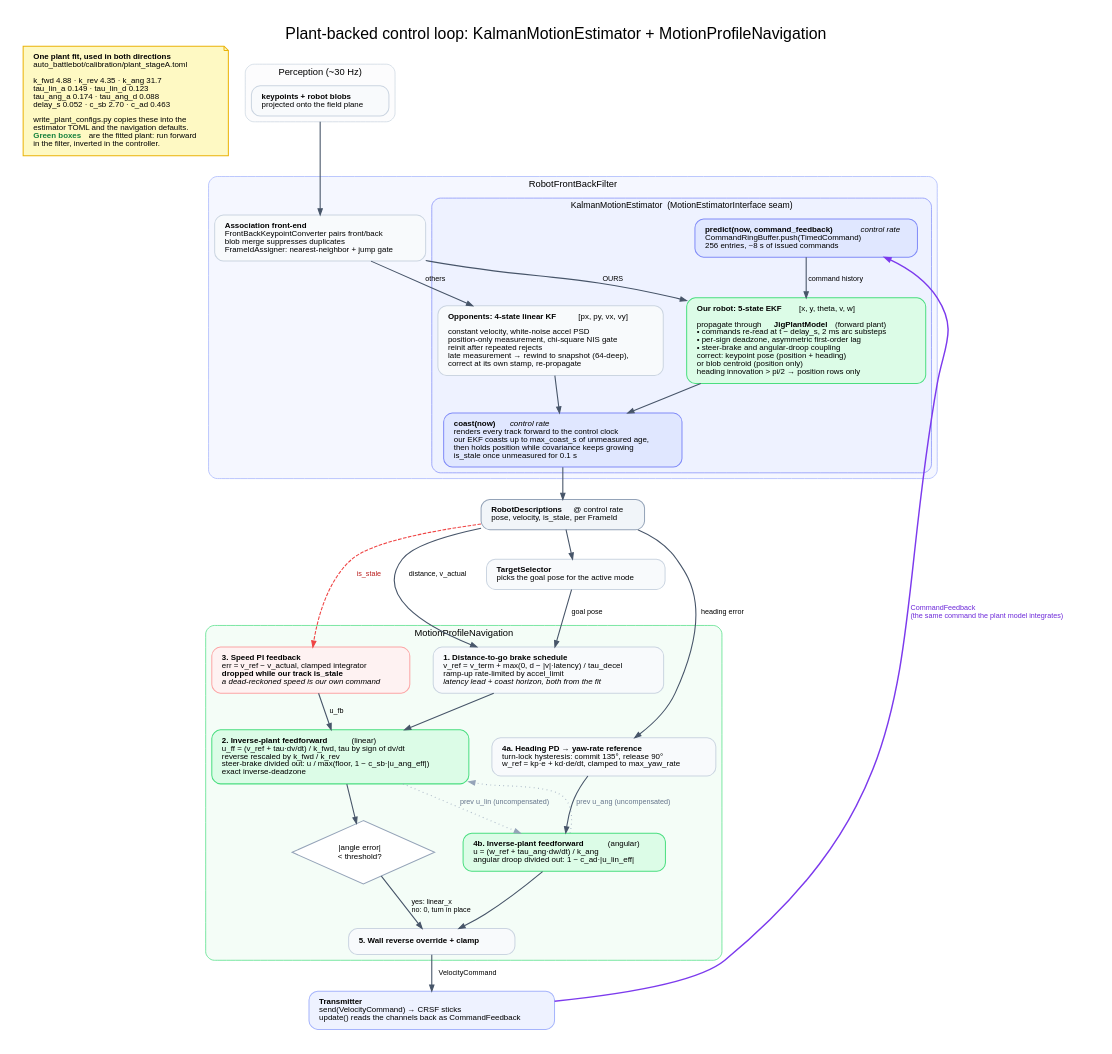
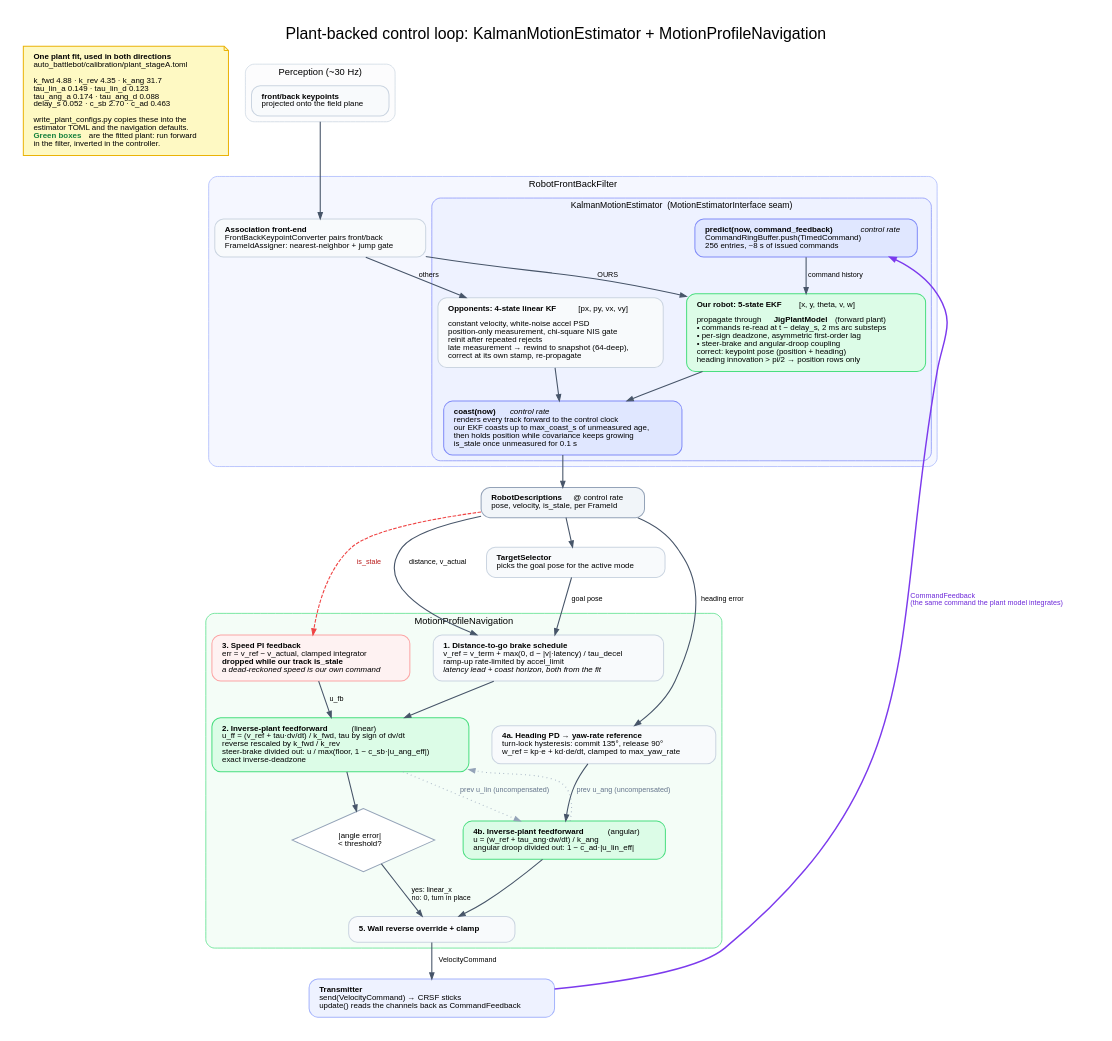
One commit to Woz4tetra/auto-battlebot changed the diagram in docs/diagrams/plant_backed_control.dot. Above: the diagram before and after it, drawn with Graphviz. The commit also changed 76 other files, not shown here.

First line of the commit message:
Delete the robot blob path

```diff
--- a/docs/diagrams/plant_backed_control.dot
+++ b/docs/diagrams/plant_backed_control.dot
@@ -1,161 +1,161 @@
 digraph PlantBackedControl {
     graph [
         rankdir=TB
         label="Plant-backed control loop: KalmanMotionEstimator + MotionProfileNavigation"
         labelloc=t
         fontsize=22
         fontname="Helvetica"
         pad=0.35
         nodesep=0.45
         ranksep=0.55
         splines=spline
         bgcolor="white"
         compound=true
     ];
     node [
         shape=box
         style="rounded,filled"
         fillcolor="#F8FAFC"
         color="#CBD5E1"
         fontname="Helvetica"
         fontsize=11
         penwidth=1.4
         margin="0.20,0.14"
     ];
     edge [
         color="#475569"
         penwidth=1.5
         arrowsize=0.85
         fontname="Helvetica"
         fontsize=10
     ];
 
     /* ---------- one source of truth for the plant numbers ---------- */
     fit [
         shape=note
         fillcolor="#FEF9C3"
         color="#EAB308"
         label=<<b>One plant fit, used in both directions</b><br align="left"/>auto_battlebot/calibration/plant_stageA.toml<br align="left"/><br align="left"/>k_fwd 4.88 &#183; k_rev 4.35 &#183; k_ang 31.7<br align="left"/>tau_lin_a 0.149 &#183; tau_lin_d 0.123<br align="left"/>tau_ang_a 0.174 &#183; tau_ang_d 0.088<br align="left"/>delay_s 0.052 &#183; c_sb 2.70 &#183; c_ad 0.463<br align="left"/><br align="left"/>write_plant_configs.py copies these into the<br align="left"/>estimator TOML and the navigation defaults.<br align="left"/><font color="#15803D"><b>Green boxes</b></font> are the fitted plant: run forward<br align="left"/>in the filter, inverted in the controller.<br align="left"/>>
     ];
 
     /* ---------- perception ---------- */
     subgraph cluster_perception {
         label="Perception (~30 Hz)";
         fontname="Helvetica"; fontsize=13; color="#CBD5E1"; style="rounded"; bgcolor="#FCFCFD";
-        meas [label=<<b>keypoints + robot blobs</b><br align="left"/>projected onto the field plane<br align="left"/>>];
+        meas [label=<<b>front/back keypoints</b><br align="left"/>projected onto the field plane<br align="left"/>>];
     }
 
     /* ---------- filter ---------- */
     subgraph cluster_filter {
         label="RobotFrontBackFilter";
         fontname="Helvetica"; fontsize=13; color="#A5B4FC"; style="rounded"; bgcolor="#F5F7FF";
 
-        assoc [label=<<b>Association front-end</b><br align="left"/>FrontBackKeypointConverter pairs front/back<br align="left"/>blob merge suppresses duplicates<br align="left"/>FrameIdAssigner: nearest-neighbor + jump gate<br align="left"/>>];
+        assoc [label=<<b>Association front-end</b><br align="left"/>FrontBackKeypointConverter pairs front/back<br align="left"/>FrameIdAssigner: nearest-neighbor + jump gate<br align="left"/>>];
 
         subgraph cluster_estimator {
             label="KalmanMotionEstimator  (MotionEstimatorInterface seam)";
             fontname="Helvetica"; fontsize=12; color="#818CF8"; style="rounded"; bgcolor="#EEF2FF";
 
             ring [
                 fillcolor="#E0E7FF" color="#818CF8"
                 label=<<b>predict(now, command_feedback)</b>  <i>control rate</i><br align="left"/>CommandRingBuffer.push(TimedCommand)<br align="left"/>256 entries, ~8 s of issued commands<br align="left"/>>
             ];
 
             our [
                 fillcolor="#DCFCE7" color="#4ADE80"
-                label=<<b>Our robot: 5-state EKF</b>  [x, y, theta, v, w]<br align="left"/><br align="left"/>propagate through <b>JigPlantModel</b> (forward plant)<br align="left"/>&#8226; commands re-read at t &#8722; delay_s, 2 ms arc substeps<br align="left"/>&#8226; per-sign deadzone, asymmetric first-order lag<br align="left"/>&#8226; steer-brake and angular-droop coupling<br align="left"/>correct: keypoint pose (position + heading)<br align="left"/>or blob centroid (position only)<br align="left"/>heading innovation &gt; pi/2 &#8594; position rows only<br align="left"/>>
+                label=<<b>Our robot: 5-state EKF</b>  [x, y, theta, v, w]<br align="left"/><br align="left"/>propagate through <b>JigPlantModel</b> (forward plant)<br align="left"/>&#8226; commands re-read at t &#8722; delay_s, 2 ms arc substeps<br align="left"/>&#8226; per-sign deadzone, asymmetric first-order lag<br align="left"/>&#8226; steer-brake and angular-droop coupling<br align="left"/>correct: keypoint pose (position + heading)<br align="left"/>heading innovation &gt; pi/2 &#8594; position rows only<br align="left"/>>
             ];
 
             opp [
                 label=<<b>Opponents: 4-state linear KF</b>  [px, py, vx, vy]<br align="left"/><br align="left"/>constant velocity, white-noise accel PSD<br align="left"/>position-only measurement, chi-square NIS gate<br align="left"/>reinit after repeated rejects<br align="left"/>late measurement &#8594; rewind to snapshot (64-deep),<br align="left"/>correct at its own stamp, re-propagate<br align="left"/>>
             ];
 
             coast [
                 fillcolor="#E0E7FF" color="#818CF8"
                 label=<<b>coast(now)</b>  <i>control rate</i><br align="left"/>renders every track forward to the control clock<br align="left"/>our EKF coasts up to max_coast_s of unmeasured age,<br align="left"/>then holds position while covariance keeps growing<br align="left"/>is_stale once unmeasured for 0.1 s<br align="left"/>>
             ];
         }
     }
 
     robots [
         fillcolor="#F1F5F9" color="#94A3B8"
         label=<<b>RobotDescriptions</b> @ control rate<br align="left"/>pose, velocity, is_stale, per FrameId<br align="left"/>>
     ];
 
     target [label=<<b>TargetSelector</b><br align="left"/>picks the goal pose for the active mode<br align="left"/>>];
 
     /* ---------- navigation ---------- */
     subgraph cluster_nav {
         label="MotionProfileNavigation";
         fontname="Helvetica"; fontsize=13; color="#4ADE80"; style="rounded"; bgcolor="#F4FDF7";
 
         vref [
             label=<<b>1. Distance-to-go brake schedule</b><br align="left"/>v_ref = v_term + max(0, d &#8722; |v|&#183;latency) / tau_decel<br align="left"/>ramp-up rate-limited by accel_limit<br align="left"/><i>latency lead + coast horizon, both from the fit</i><br align="left"/>>
         ];
 
         ulin [
             fillcolor="#DCFCE7" color="#4ADE80"
             label=<<b>2. Inverse-plant feedforward</b>  (linear)<br align="left"/>u_ff = (v_ref + tau&#183;dv/dt) / k_fwd, tau by sign of dv/dt<br align="left"/>reverse rescaled by k_fwd / k_rev<br align="left"/>steer-brake divided out: u / max(floor, 1 &#8722; c_sb&#183;|u_ang_eff|)<br align="left"/>exact inverse-deadzone<br align="left"/>>
         ];
 
         fb [
             fillcolor="#FEF2F2" color="#FCA5A5"
             label=<<b>3. Speed PI feedback</b><br align="left"/>err = v_ref &#8722; v_actual, clamped integrator<br align="left"/><b>dropped while our track is_stale</b><br align="left"/><i>a dead-reckoned speed is our own command</i><br align="left"/>>
         ];
 
         wref [
             label=<<b>4a. Heading PD &#8594; yaw-rate reference</b><br align="left"/>turn-lock hysteresis: commit 135&#176;, release 90&#176;<br align="left"/>w_ref = kp&#183;e + kd&#183;de/dt, clamped to max_yaw_rate<br align="left"/>>
         ];
 
         uang [
             fillcolor="#DCFCE7" color="#4ADE80"
             label=<<b>4b. Inverse-plant feedforward</b>  (angular)<br align="left"/>u = (w_ref + tau_ang&#183;dw/dt) / k_ang<br align="left"/>angular droop divided out: 1 &#8722; c_ad&#183;|u_lin_eff|<br align="left"/>>
         ];
 
         gate [
             shape=diamond style=filled fillcolor="#FFFFFF" color="#94A3B8"
             label=<|angle error|<br/>&lt; threshold?>
         ];
 
         wall [label=<<b>5. Wall reverse override + clamp</b><br align="left"/>>];
     }
 
     tx [
         fillcolor="#EEF2FF" color="#A5B4FC"
         label=<<b>Transmitter</b><br align="left"/>send(VelocityCommand) &#8594; CRSF sticks<br align="left"/>update() reads the channels back as CommandFeedback<br align="left"/>>
     ];
 
     /* ---------- main flow ---------- */
     meas -> assoc [ltail=cluster_perception];
     assoc -> our   [label="  OURS"];
     assoc -> opp   [label="  others"];
     our   -> coast;
     opp   -> coast;
     ring  -> our [label="  command history\l"];
     coast -> robots;
     robots -> target;
     target -> vref [label="  goal pose  "];
     robots -> vref [label="  distance, v_actual  "];
     robots -> fb   [label="  is_stale  " style=dashed color="#EF4444" fontcolor="#B91C1C"];
     robots -> wref [label="  heading error  "];
 
     vref -> ulin;
     fb   -> ulin [label="  u_fb  "];
     wref -> uang;
     ulin -> gate;
     uang -> wall;
     gate -> wall [label="  yes: linear_x\l  no: 0, turn in place\l"];
     wall -> tx   [label="  VelocityCommand  "];
 
     /* ---------- the loop closes here ---------- */
     tx -> ring [
         label="  CommandFeedback  \l  (the same command the plant model integrates)  \l"
         color="#7C3AED" fontcolor="#6D28D9" penwidth=2.0 style=bold
         constraint=false
     ];
 
     /* ---------- mutual coupling compensation ---------- */
     ulin -> uang [label="  prev u_lin (uncompensated)  " style=dotted color="#94A3B8" fontcolor="#64748B" constraint=false];
     uang -> ulin [label="  prev u_ang (uncompensated)  " style=dotted color="#94A3B8" fontcolor="#64748B" constraint=false];
 
 }
```
